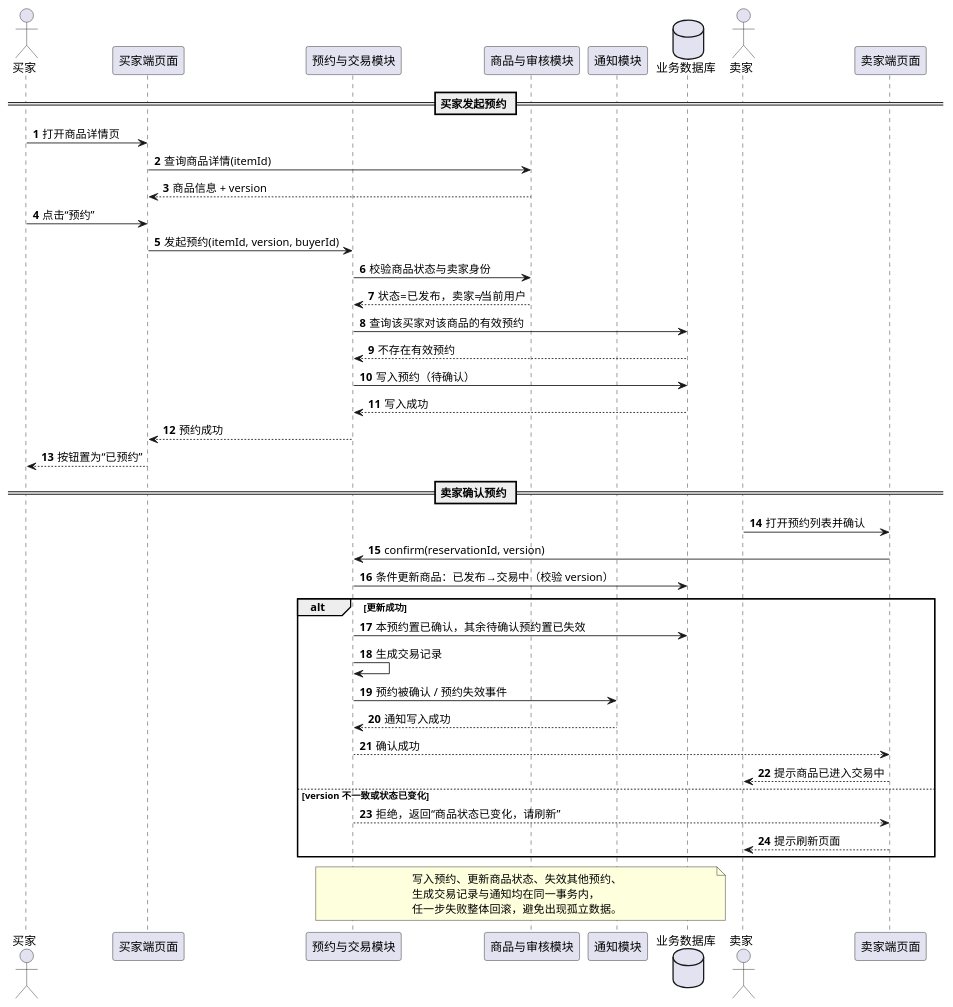
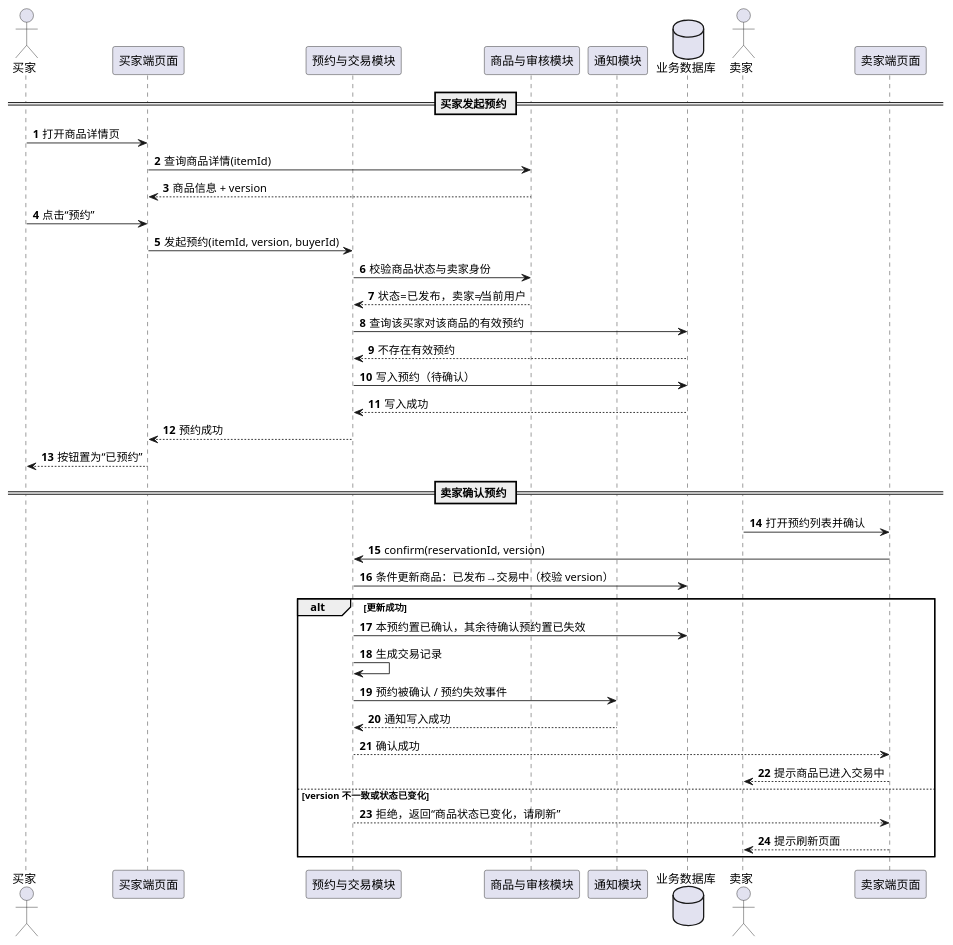
Before and after one commit to zhley/SE_Lab: the diagram in UML/UML时序图-预约与确认.puml, drawn with PlantUML. The commit also changed 4 other files, not shown here.

```diff
--- a/UML/UML时序图-预约与确认.puml
+++ b/UML/UML时序图-预约与确认.puml
@@ -1,51 +1,45 @@
 @startuml UML时序图-预约与确认
 skinparam defaultFontName "Microsoft YaHei"
 autonumber
 
 actor "买家" as Buyer
 participant "买家端页面" as BuyerUI
 participant "预约与交易模块" as TradeSvc
 participant "商品与审核模块" as ItemSvc
 participant "通知模块" as NoticeSvc
 database "业务数据库" as DB
 actor "卖家" as Seller
 participant "卖家端页面" as SellerUI
 
 == 买家发起预约 ==
 Buyer -> BuyerUI : 打开商品详情页
 BuyerUI -> ItemSvc : 查询商品详情(itemId)
 ItemSvc --> BuyerUI : 商品信息 + version
 Buyer -> BuyerUI : 点击“预约”
 BuyerUI -> TradeSvc : 发起预约(itemId, version, buyerId)
 TradeSvc -> ItemSvc : 校验商品状态与卖家身份
 ItemSvc --> TradeSvc : 状态=已发布，卖家≠当前用户
 TradeSvc -> DB : 查询该买家对该商品的有效预约
 DB --> TradeSvc : 不存在有效预约
 TradeSvc -> DB : 写入预约（待确认）
 DB --> TradeSvc : 写入成功
 TradeSvc --> BuyerUI : 预约成功
 BuyerUI --> Buyer : 按钮置为“已预约”
 
 == 卖家确认预约 ==
 Seller -> SellerUI : 打开预约列表并确认
 SellerUI -> TradeSvc : confirm(reservationId, version)
 TradeSvc -> DB : 条件更新商品：已发布→交易中（校验 version）
 alt 更新成功
   TradeSvc -> DB : 本预约置已确认，其余待确认预约置已失效
   TradeSvc -> TradeSvc : 生成交易记录
   TradeSvc -> NoticeSvc : 预约被确认 / 预约失效事件
   NoticeSvc --> TradeSvc : 通知写入成功
   TradeSvc --> SellerUI : 确认成功
   SellerUI --> Seller : 提示商品已进入交易中
 else version 不一致或状态已变化
   TradeSvc --> SellerUI : 拒绝，返回“商品状态已变化，请刷新”
   SellerUI --> Seller : 提示刷新页面
 end
 
-note over TradeSvc, DB
-  写入预约、更新商品状态、失效其他预约、
-  生成交易记录与通知均在同一事务内，
-  任一步失败整体回滚，避免出现孤立数据。
-end note
-
 @enduml
```
